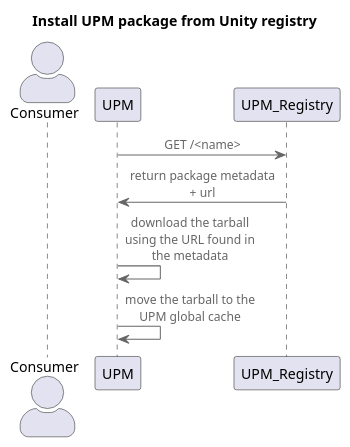
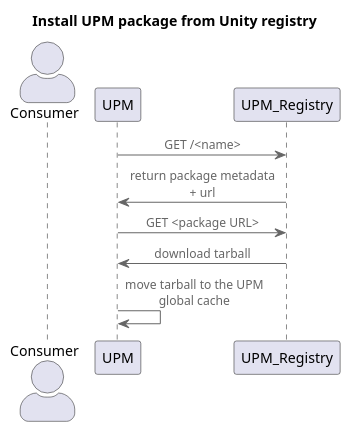
Before and after one commit to etherElric/upm-assetstore-offsite-docs: the diagram in install_upm.puml, drawn with PlantUML. The commit also changed 2 other files, not shown here.

Commit message:
Updated the graphics from Maxime's comments

```diff
--- a/install_upm.puml
+++ b/install_upm.puml
@@ -1,13 +1,14 @@
 @startuml "refund-requests-api-flow"
 !include https://raw.githubusercontent.com/plantuml-stdlib/C4-PlantUML/master/C4_Component.puml
 
 title Install UPM package from Unity registry
 actor Consumer as Consumer
 
 UPM -> UPM_Registry : GET /<name>
 UPM_Registry -> UPM : return package metadata + url
 
-UPM -> UPM : download the tarball using the URL found in the metadata
-UPM -> UPM : move the tarball to the UPM global cache
+UPM -> UPM_Registry : GET <package URL>
+UPM_Registry -> UPM : download tarball
+UPM -> UPM : move tarball to the UPM global cache
 
 @enduml
```
